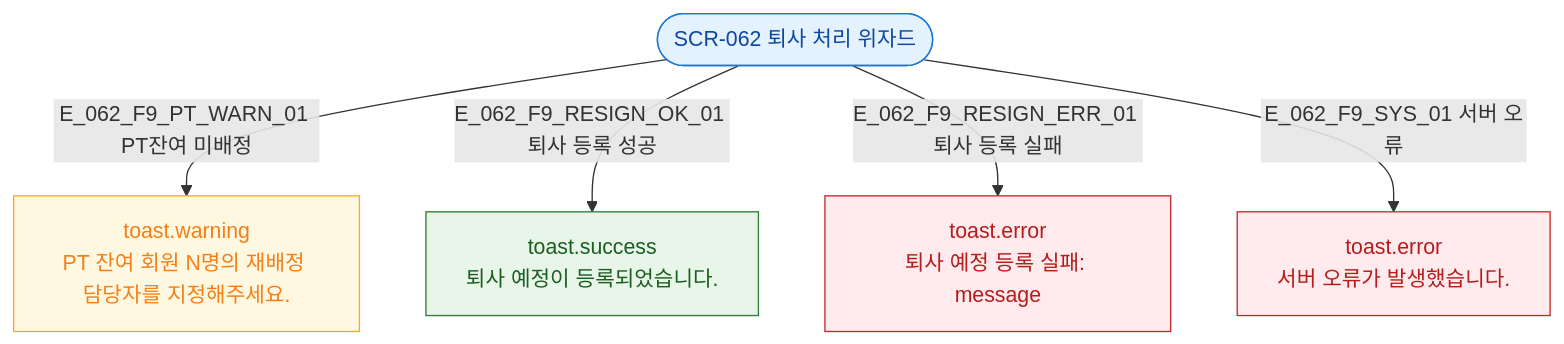
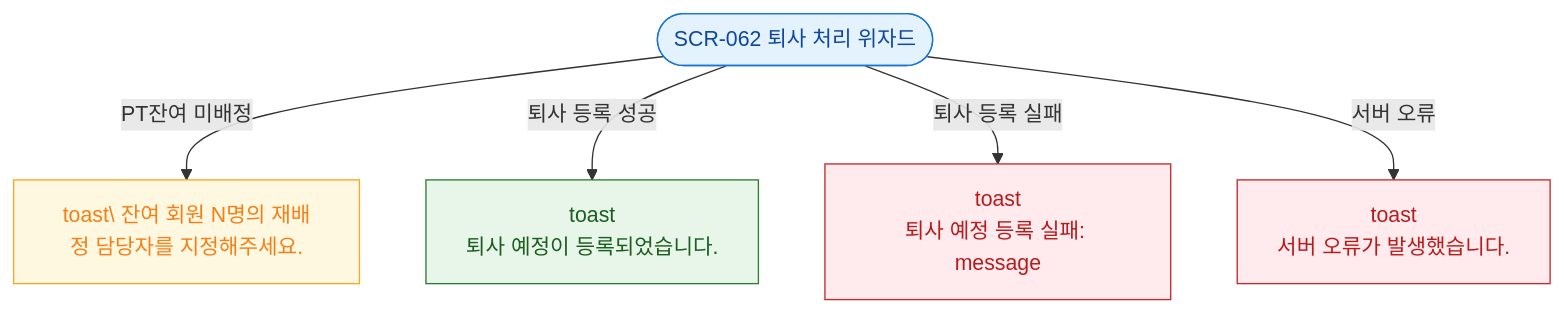
Before and after one commit to dev-spogym/admin-pando: the diagram in docs/다이어그램/D07_직원관리/SCR-062_직원퇴사처리/F9_토스트피드백.md, drawn with Mermaid. The commit also changed other lines of this file and 1660 other files, not shown here.

First line of the commit message:
다이어그램: 기획자/클라이언트 납품본으로 정리

````diff
--- a/docs/다이어그램/D07_직원관리/SCR-062_직원퇴사처리/F9_토스트피드백.md
+++ b/docs/다이어그램/D07_직원관리/SCR-062_직원퇴사처리/F9_토스트피드백.md
@@ -18,19 +16,19 @@
 ```mermaid
 flowchart TD
   SCR_062([SCR-062 퇴사 처리 위자드])
 
-  SCR_062 -->|E_062_F9_PT_WARN_01 PT잔여 미배정| T_PT[toast.warning\nPT 잔여 회원 N명의 재배정 담당자를 지정해주세요.]
-  SCR_062 -->|E_062_F9_RESIGN_OK_01 퇴사 등록 성공| T_OK[toast.success\n퇴사 예정이 등록되었습니다.]
-  SCR_062 -->|E_062_F9_RESIGN_ERR_01 퇴사 등록 실패| T_ERR[toast.error\n퇴사 예정 등록 실패: message]
-  SCR_062 -->|E_062_F9_SYS_01 서버 오류| T_SYS[toast.error\n서버 오류가 발생했습니다.]
+  SCR_062 -->|PT잔여 미배정|T_PT[toast\ 잔여 회원 N명의 재배정 담당자를 지정해주세요.]
+  SCR_062 -->|퇴사 등록 성공|T_OK[toast\n퇴사 예정이 등록되었습니다.]
+  SCR_062 -->|퇴사 등록 실패|T_ERR[toast\n퇴사 예정 등록 실패: message]
+  SCR_062 -->|서버 오류|T_SYS[toast\n서버 오류가 발생했습니다.]
 
-  classDef screen  fill:#E3F2FD,stroke:#1976D2,color:#0D47A1
+  classDef screen fill:#E3F2FD,stroke:#1976D2,color:#0D47A1
   classDef success fill:#E8F5E9,stroke:#2E7D32,color:#1B5E20
-  classDef error   fill:#FFEBEE,stroke:#C62828,color:#B71C1C
+  classDef error fill:#FFEBEE,stroke:#C62828,color:#B71C1C
   classDef warning fill:#FFF8E1,stroke:#F9A825,color:#F57F17
 
   class SCR_062 screen
   class T_OK success
   class T_ERR,T_SYS error
   class T_PT warning
 ```
````
